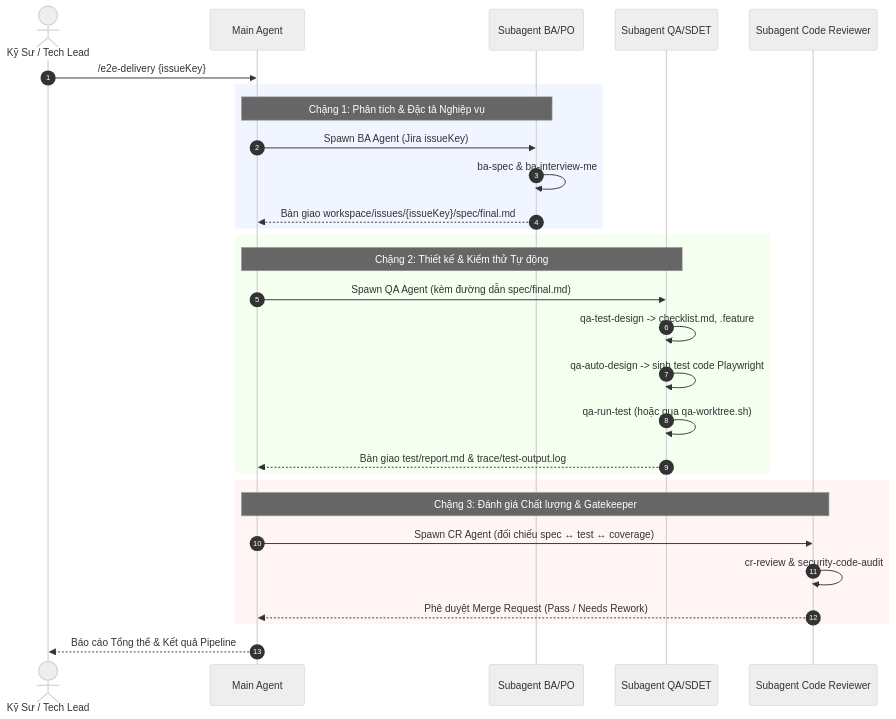
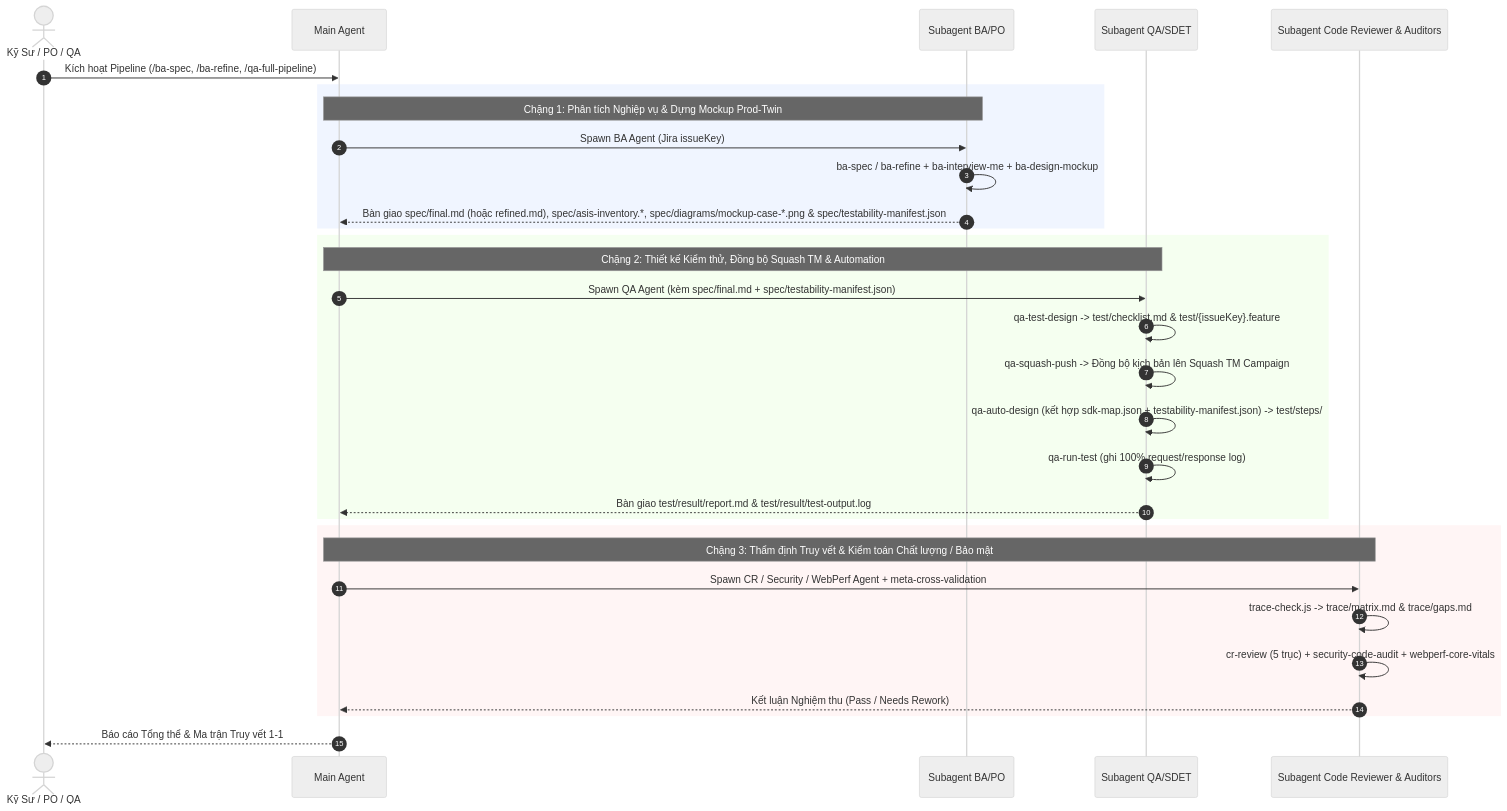
One commit to quangnt2697/Agent-skills changed the diagram in docs/architecture/subagent-handoff-protocol.md. Above: the diagram before and after it, drawn with Mermaid (neutral theme). The commit also changed other lines of this file and 7 other files, not shown here.

````diff
--- a/docs/architecture/subagent-handoff-protocol.md
+++ b/docs/architecture/subagent-handoff-protocol.md
@@ -25,36 +26,38 @@
 ```mermaid
 sequenceDiagram
     autonumber
-    actor Engineer as Kỹ Sư / Tech Lead
+    actor Engineer as Kỹ Sư / PO / QA
     participant Orchestrator as Main Agent
     participant BA as Subagent BA/PO
     participant QA as Subagent QA/SDET
-    participant CR as Subagent Code Reviewer
+    participant CR as Subagent Code Reviewer & Auditors
 
-    Engineer->>Orchestrator: /e2e-delivery {issueKey}
+    Engineer->>Orchestrator: Kích hoạt Pipeline (/ba-spec, /ba-refine, /qa-full-pipeline)
     
     rect rgb(240, 245, 255)
-        Note over Orchestrator,BA: Chặng 1: Phân tích & Đặc tả Nghiệp vụ
+        Note over Orchestrator,BA: Chặng 1: Phân tích Nghiệp vụ & Dựng Mockup Prod-Twin
         Orchestrator->>BA: Spawn BA Agent (Jira issueKey)
-        BA->>BA: ba-spec & ba-interview-me
-        BA-->>Orchestrator: Bàn giao workspace/issues/{issueKey}/spec/final.md
+        BA->>BA: ba-spec / ba-refine + ba-interview-me + ba-design-mockup
+        BA-->>Orchestrator: Bàn giao spec/final.md (hoặc refined.md), spec/asis-inventory.*, spec/diagrams/mockup-case-*.png & spec/testability-manifest.json
     end
 
     rect rgb(245, 255, 240)
-        Note over Orchestrator,QA: Chặng 2: Thiết kế & Kiểm thử Tự động
-        Orchestrator->>QA: Spawn QA Agent (kèm đường dẫn spec/final.md)
-        QA->>QA: qa-test-design -> checklist.md, .feature
-        QA->>QA: qa-auto-design -> sinh test code Playwright
-        QA->>QA: qa-run-test (hoặc qua qa-worktree.sh)
-        QA-->>Orchestrator: Bàn giao test/report.md & trace/test-output.log
+        Note over Orchestrator,QA: Chặng 2: Thiết kế Kiểm thử, Đồng bộ Squash TM & Automation
+        Orchestrator->>QA: Spawn QA Agent (kèm spec/final.md + spec/testability-manifest.json)
+        QA->>QA: qa-test-design -> test/checklist.md & test/{issueKey}.feature
+        QA->>QA: qa-squash-push -> Đồng bộ kịch bản lên Squash TM Campaign
+        QA->>QA: qa-auto-design (kết hợp sdk-map.json + testability-manifest.json) -> test/steps/
+        QA->>QA: qa-run-test (ghi 100% request/response log)
+        QA-->>Orchestrator: Bàn giao test/result/report.md & test/result/test-output.log
     end
 
     rect rgb(255, 245, 245)
-        Note over Orchestrator,CR: Chặng 3: Đánh giá Chất lượng & Gatekeeper
-        Orchestrator->>CR: Spawn CR Agent (đối chiếu spec ↔ test ↔ coverage)
-        CR->>CR: cr-review & security-code-audit
-        CR-->>Orchestrator: Phê duyệt Merge Request (Pass / Needs Rework)
+        Note over Orchestrator,CR: Chặng 3: Thẩm định Truy vết & Kiểm toán Chất lượng / Bảo mật
+        Orchestrator->>CR: Spawn CR / Security / WebPerf Agent + meta-cross-validation
+        CR->>CR: trace-check.js -> trace/matrix.md & trace/gaps.md
+        CR->>CR: cr-review (5 trục) + security-code-audit + webperf-core-vitals
+        CR-->>Orchestrator: Kết luận Nghiệm thu (Pass / Needs Rework)
     end
 
-    Orchestrator-->>Engineer: Báo cáo Tổng thể & Kết quả Pipeline
+    Orchestrator-->>Engineer: Báo cáo Tổng thể & Ma trận Truy vết 1-1
 ```
````
